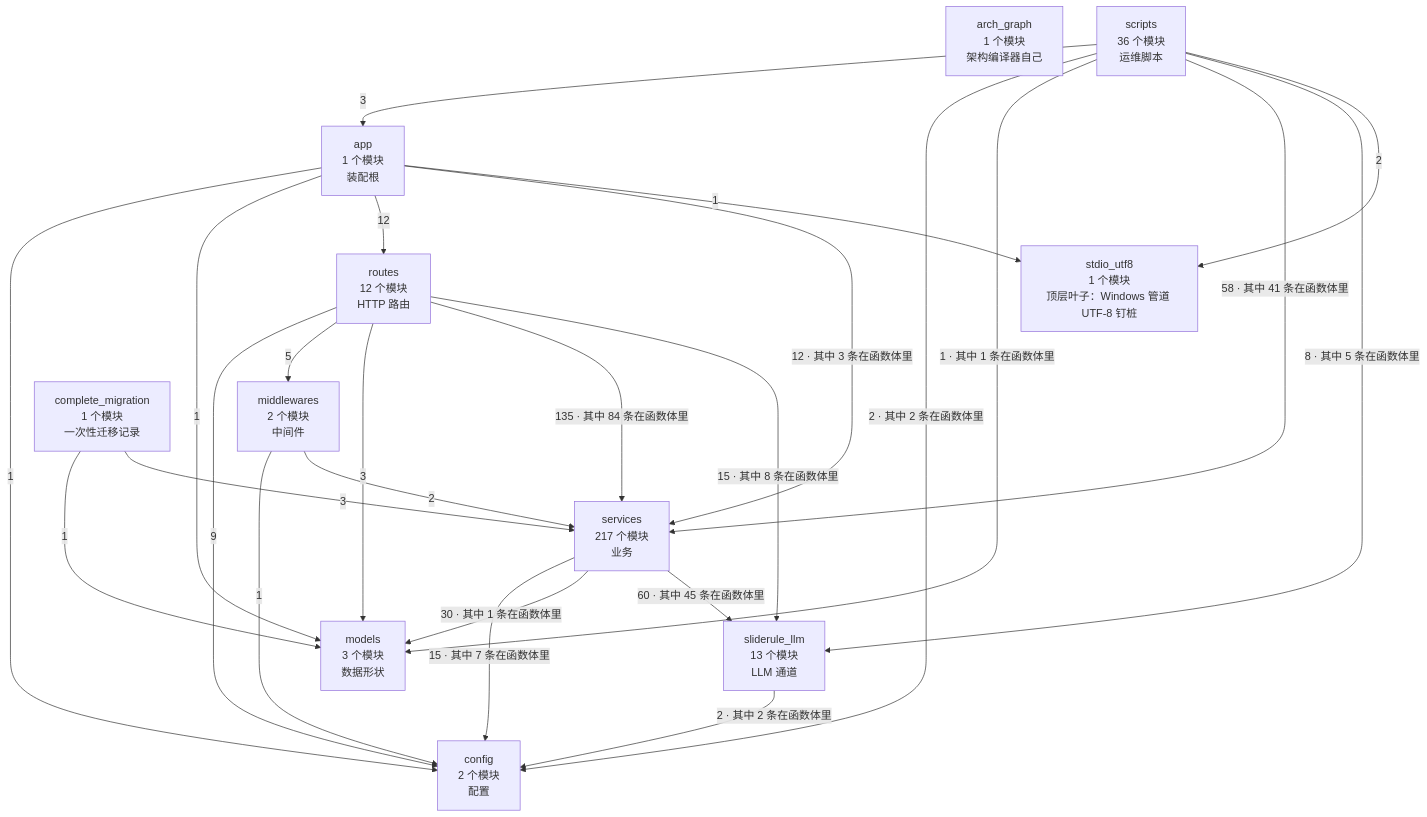
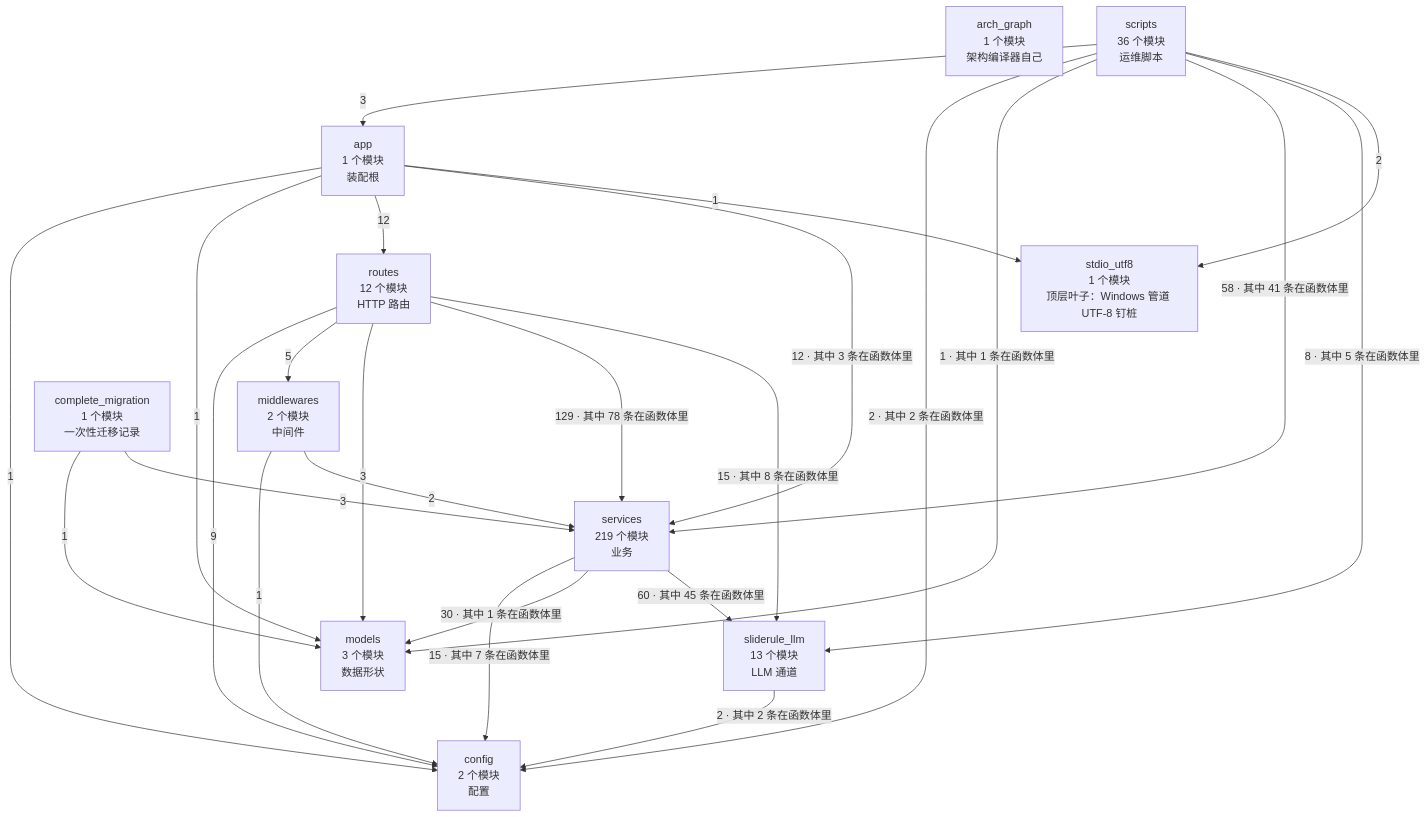
The second of 4 diagrams in docs/SlideRule V6.2 架构图（自动生成）.md (2686521696/WhyBuddy), drawn with Mermaid before and after one commit. The commit also changed other lines of this file and 4 other files, not shown here.

````diff
--- a/docs/SlideRule V6.2 架构图（自动生成）.md
+++ b/docs/SlideRule V6.2 架构图（自动生成）.md
@@ -60,38 +60,38 @@
 ```mermaid
 flowchart TB
   arch_graph["arch_graph<br/>1 个模块<br/>架构编译器自己"]
   config["config<br/>2 个模块<br/>配置"]
   models["models<br/>3 个模块<br/>数据形状"]
   stdio_utf8["stdio_utf8<br/>1 个模块<br/>顶层叶子：Windows 管道 UTF-8 钉桩"]
   sliderule_llm["sliderule_llm<br/>13 个模块<br/>LLM 通道"]
   middlewares["middlewares<br/>2 个模块<br/>中间件"]
-  services["services<br/>217 个模块<br/>业务"]
+  services["services<br/>219 个模块<br/>业务"]
   routes["routes<br/>12 个模块<br/>HTTP 路由"]
   app["app<br/>1 个模块<br/>装配根"]
   complete_migration["complete_migration<br/>1 个模块<br/>一次性迁移记录"]
   scripts["scripts<br/>36 个模块<br/>运维脚本"]
   app -->|1| config
   app -->|1| models
   app -->|12| routes
   app -->|12 · 其中 3 条在函数体里| services
   app -->|1| stdio_utf8
   complete_migration -->|1| models
   complete_migration -->|3| services
   middlewares -->|1| config
   middlewares -->|2| services
   routes -->|9| config
   routes -->|5| middlewares
   routes -->|3| models
-  routes -->|135 · 其中 84 条在函数体里| services
+  routes -->|129 · 其中 78 条在函数体里| services
   routes -->|15 · 其中 8 条在函数体里| sliderule_llm
   scripts -->|3| app
   scripts -->|2 · 其中 2 条在函数体里| config
   scripts -->|1 · 其中 1 条在函数体里| models
   scripts -->|58 · 其中 41 条在函数体里| services
   scripts -->|8 · 其中 5 条在函数体里| sliderule_llm
   scripts -->|2| stdio_utf8
   services -->|15 · 其中 7 条在函数体里| config
   services -->|30 · 其中 1 条在函数体里| models
   services -->|60 · 其中 45 条在函数体里| sliderule_llm
   sliderule_llm -->|2 · 其中 2 条在函数体里| config
 ```
````
